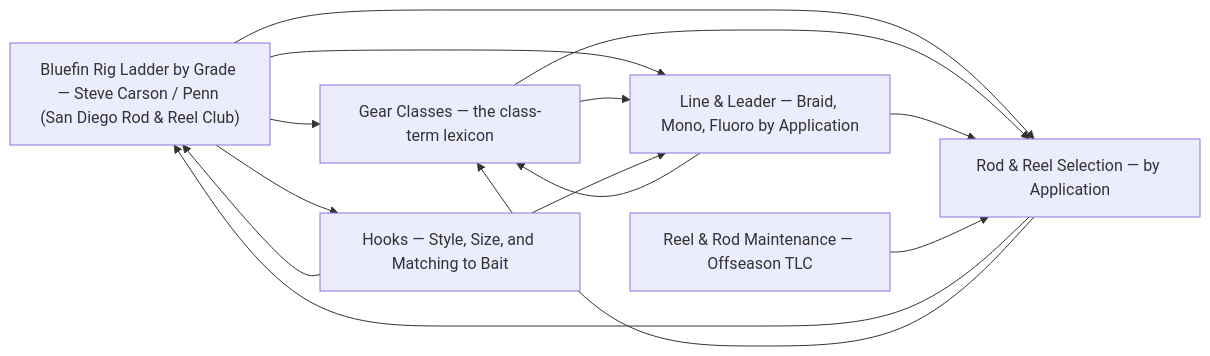
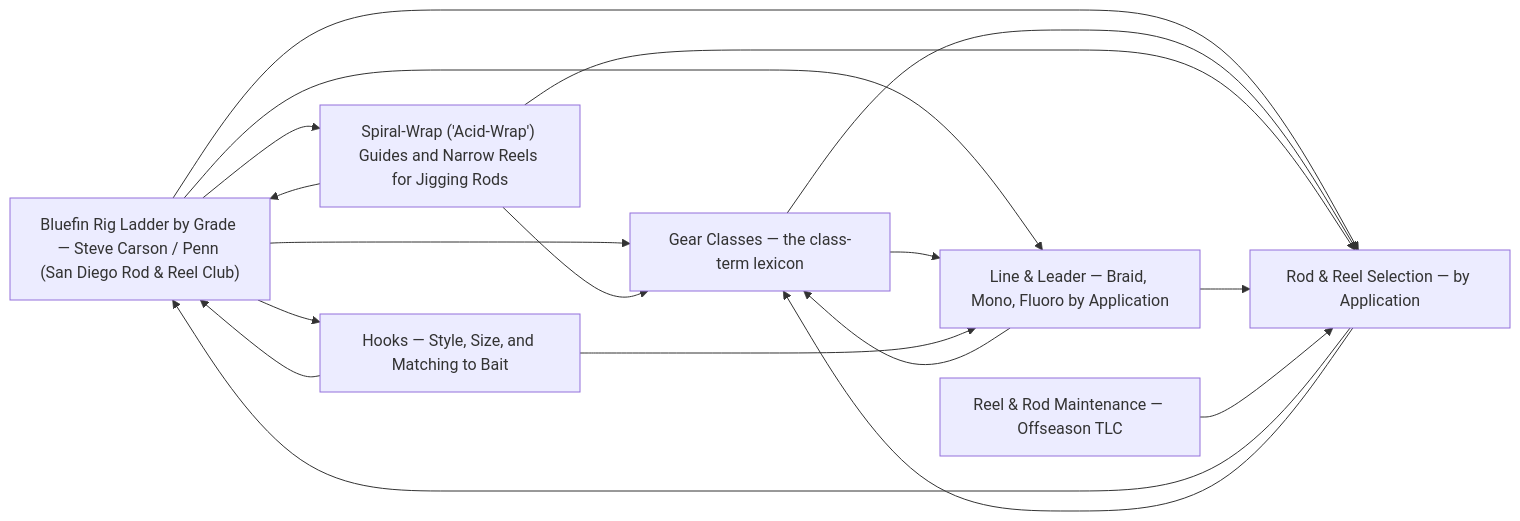
Before and after one commit to camchuckpete-max/Socal-Fishing-Knowledge: the diagram in tackle/README.md, drawn with Mermaid. The commit also changed other lines of this file and 12 other files, not shown here.

````diff
--- a/tackle/README.md
+++ b/tackle/README.md
@@ -19,22 +20,27 @@
 ```mermaid
 graph LR
   n0["Bluefin Rig Ladder by Grade — Steve Carson / Penn (San Diego Rod & Reel Club)"]
   n1["Gear Classes — the class-term lexicon"]
   n2["Hooks — Style, Size, and Matching to Bait"]
-  n3["Line & Leader — Braid, Mono, Fluoro by Application"]
-  n4["Reel & Rod Maintenance — Offseason TLC"]
-  n5["Rod & Reel Selection — by Application"]
+  n3["Spiral-Wrap ('Acid-Wrap') Guides and Narrow Reels for Jigging Rods"]
+  n4["Line & Leader — Braid, Mono, Fluoro by Application"]
+  n5["Reel & Rod Maintenance — Offseason TLC"]
+  n6["Rod & Reel Selection — by Application"]
   n0 --> n1
   n0 --> n2
   n0 --> n3
-  n0 --> n5
-  n1 --> n3
-  n1 --> n5
+  n0 --> n4
+  n0 --> n6
+  n1 --> n4
+  n1 --> n6
   n2 --> n0
-  n2 --> n3
+  n2 --> n4
+  n3 --> n0
   n3 --> n1
-  n3 --> n5
-  n4 --> n5
-  n5 --> n0
-  n5 --> n1
+  n3 --> n6
+  n4 --> n1
+  n4 --> n6
+  n5 --> n6
+  n6 --> n0
+  n6 --> n1
 ```
````
